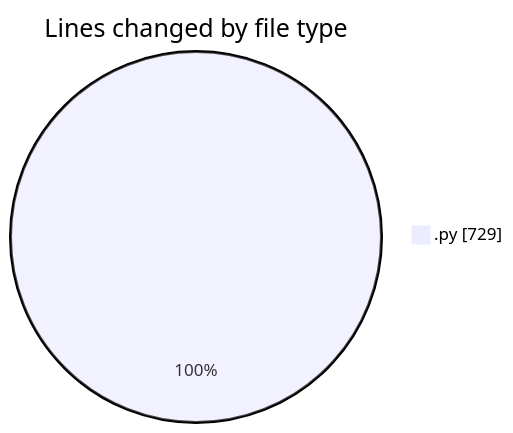
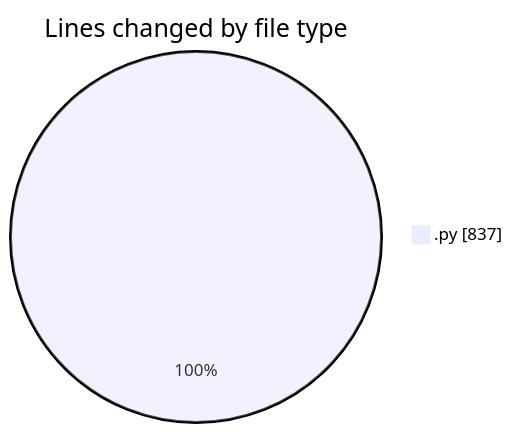
One commit to julien-gomy/code-tracking changed the first of 2 diagrams in 2025-11-19/eventscop-api-guide__workspace_/README.md. Above: the diagram before and after it, drawn with Mermaid. The commit also changed other lines of this file and 1 other file, not shown here.

````diff
--- a/2025-11-19/eventscop-api-guide__workspace_/README.md
+++ b/2025-11-19/eventscop-api-guide__workspace_/README.md
@@ -22,5 +22,5 @@
 ```mermaid
 pie showData
 title Lines changed by file type
-".py" : 729
+".py" : 837
 ```
````
